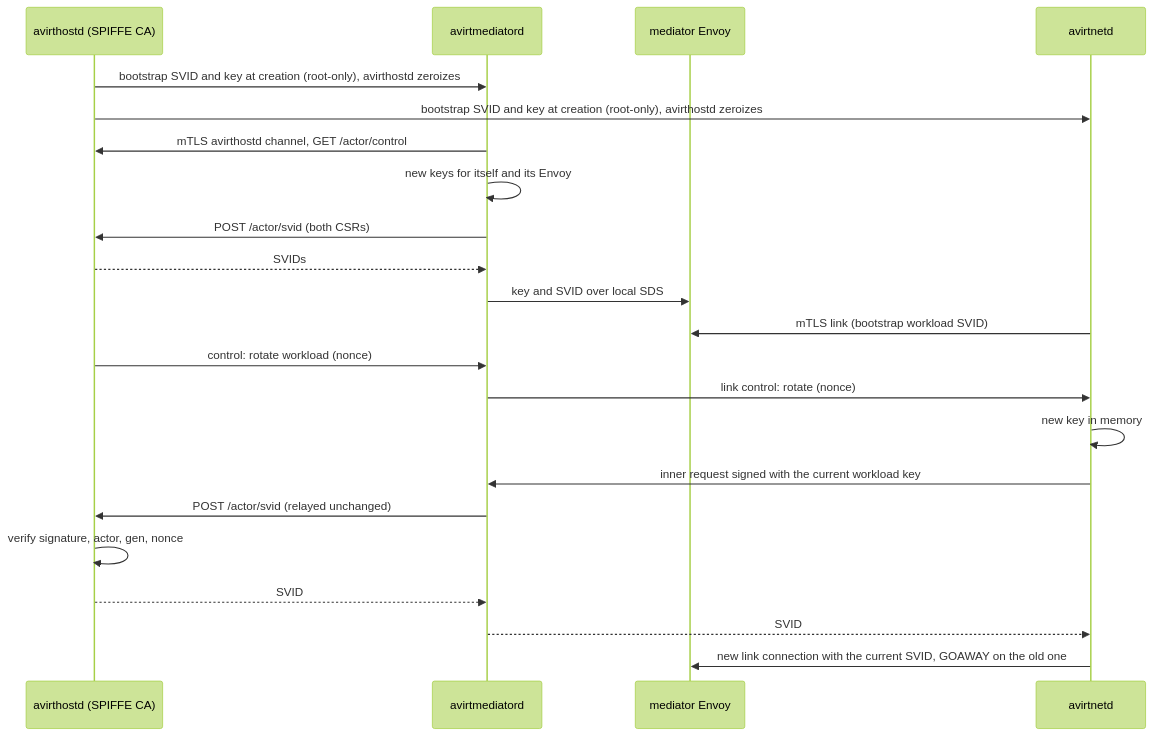
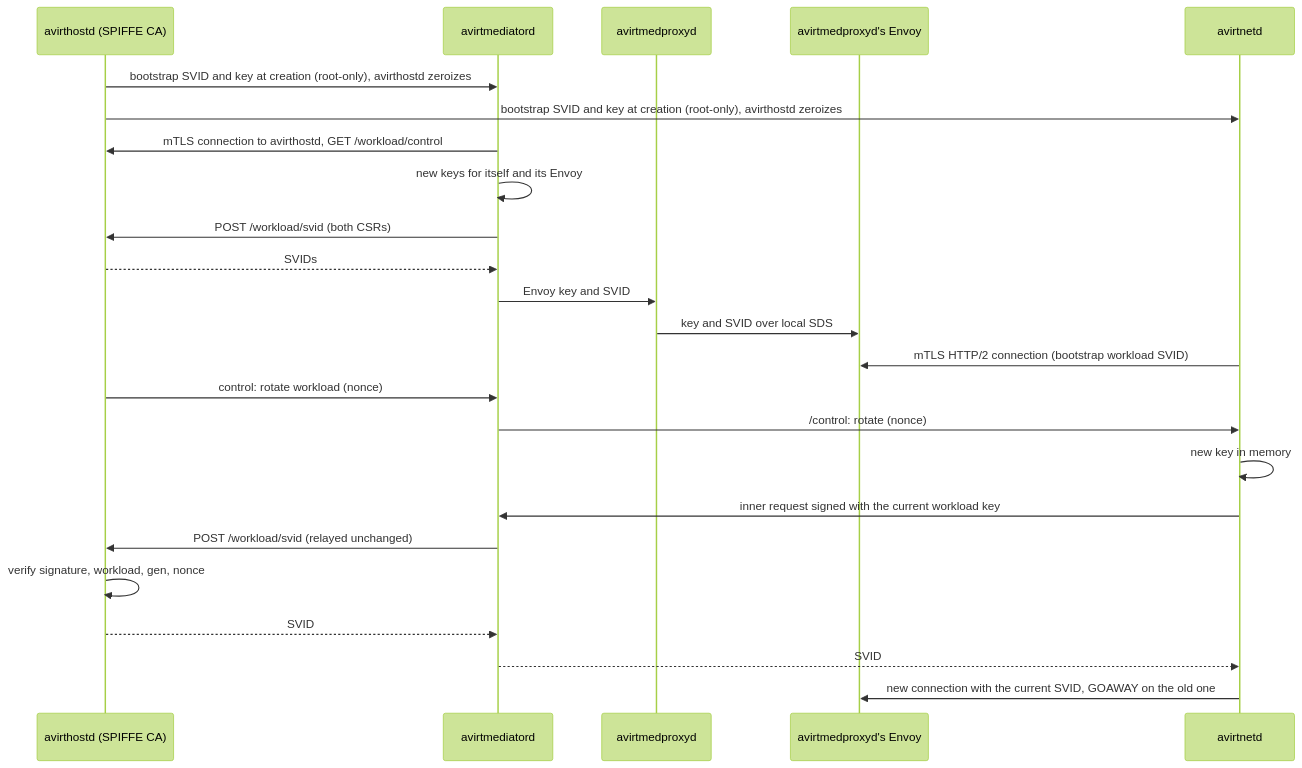
The first of 2 diagrams in docs/identity.md (tbhb-dev/avirt), drawn with Mermaid (forest theme) before and after one commit. The commit also changed other lines of this file and 61 other files, not shown here.

First line of the commit message:
docs: design the avirt component architecture

````diff
--- a/docs/identity.md
+++ b/docs/identity.md
@@ -104,24 +104,26 @@
 ```mermaid
 sequenceDiagram
     participant C as avirthostd (SPIFFE CA)
     participant M as avirtmediatord
-    participant E as mediator Envoy
+    participant P as avirtmedproxyd
+    participant E as avirtmedproxyd's Envoy
     participant N as avirtnetd
     C->>M: bootstrap SVID and key at creation (root-only), avirthostd zeroizes
     C->>N: bootstrap SVID and key at creation (root-only), avirthostd zeroizes
-    M->>C: mTLS avirthostd channel, GET /actor/control
+    M->>C: mTLS connection to avirthostd, GET /workload/control
     M->>M: new keys for itself and its Envoy
-    M->>C: POST /actor/svid (both CSRs)
+    M->>C: POST /workload/svid (both CSRs)
     C-->>M: SVIDs
-    M->>E: key and SVID over local SDS
-    N->>E: mTLS link (bootstrap workload SVID)
+    M->>P: Envoy key and SVID
+    P->>E: key and SVID over local SDS
+    N->>E: mTLS HTTP/2 connection (bootstrap workload SVID)
     C->>M: control: rotate workload (nonce)
-    M->>N: link control: rotate (nonce)
+    M->>N: /control: rotate (nonce)
     N->>N: new key in memory
     N->>M: inner request signed with the current workload key
-    M->>C: POST /actor/svid (relayed unchanged)
-    C->>C: verify signature, actor, gen, nonce
+    M->>C: POST /workload/svid (relayed unchanged)
+    C->>C: verify signature, workload, gen, nonce
     C-->>M: SVID
     M-->>N: SVID
-    N->>E: new link connection with the current SVID, GOAWAY on the old one
+    N->>E: new connection with the current SVID, GOAWAY on the old one
 ```
````
